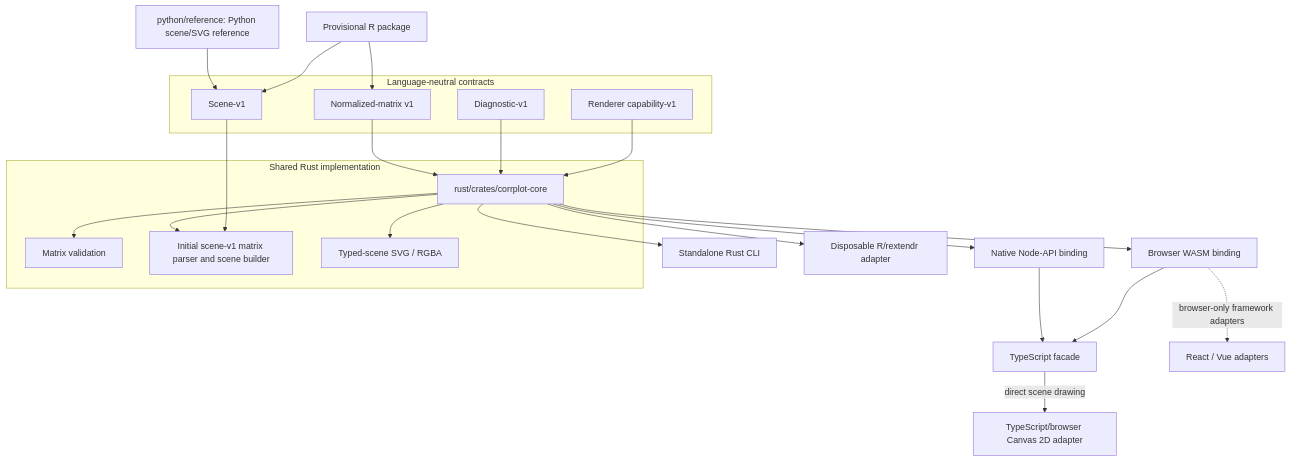
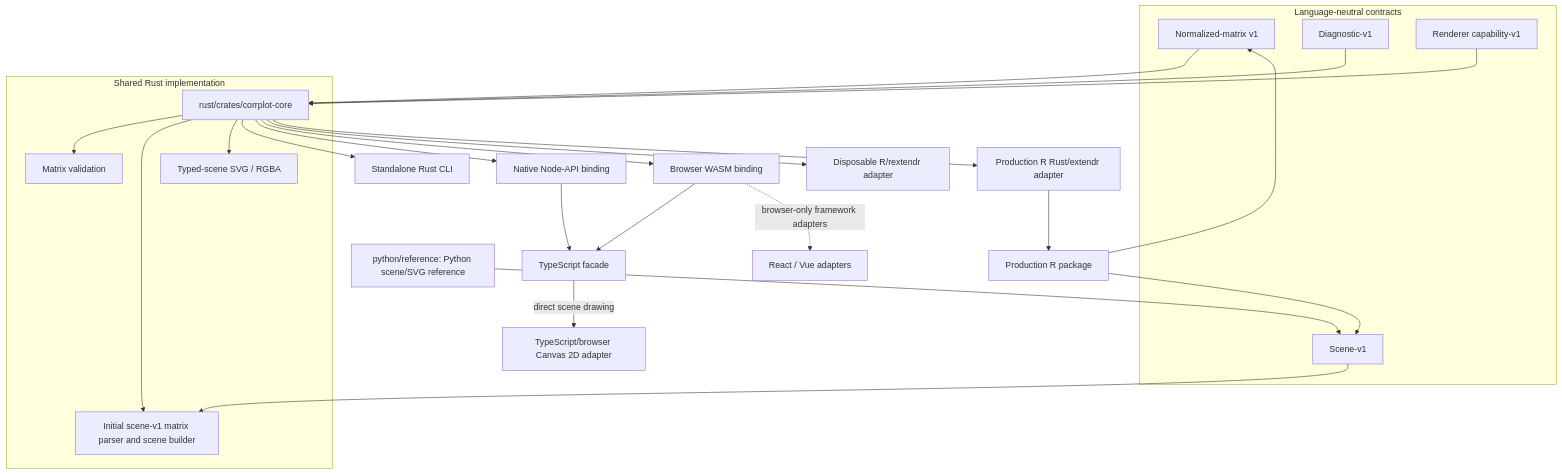
Before and after one commit to vsimko/corrplot-ng: the diagram in docs/architecture.md, drawn with Mermaid. The commit also changed other lines of this file, not shown here.

Commit message:
docs: align architecture with production R renderer

````diff
--- a/docs/architecture.md
+++ b/docs/architecture.md
@@ -30,45 +30,48 @@
 ```mermaid
 flowchart TB
     subgraph Contracts[Language-neutral contracts]
       NM[Normalized-matrix v1]
       SC[Scene-v1]
       DIAG[Diagnostic-v1]
       CAP[Renderer capability-v1]
     end
 
     subgraph Rust[Shared Rust implementation]
       CORE[rust/crates/corrplot-core]
       VALIDATE[Matrix validation]
       BUILD[Initial scene-v1 matrix parser and scene builder]
       RENDER[Typed-scene SVG / RGBA]
       CORE --> VALIDATE
       CORE --> BUILD
       CORE --> RENDER
     end
 
     CLI[Standalone Rust CLI]
     NODE[Native Node-API binding]
     WASM[Browser WASM binding]
     R[Disposable R/rextendr adapter]
     TS[TypeScript facade]
     PY[python/reference: Python scene/SVG reference]
-    RPKG[Provisional R package]
+    RPKG[Production R package]
+    RPROD[Production R Rust/extendr adapter]
     CANVAS[TypeScript/browser Canvas 2D adapter]
     FRAME[React / Vue adapters]
 
     NM --> CORE
     SC --> BUILD
     DIAG --> CORE
     CAP --> CORE
     CORE --> CLI
     CORE --> NODE
     CORE --> WASM
     CORE --> R
+    CORE --> RPROD
+    RPROD --> RPKG
     NODE --> TS
     WASM --> TS
     PY --> SC
     RPKG --> NM
     RPKG --> SC
     TS -->|direct scene drawing| CANVAS
     WASM -. browser-only framework adapters .-> FRAME
 ```
````
